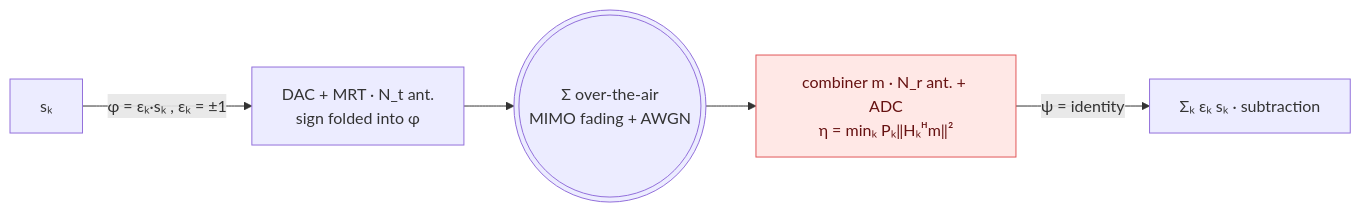
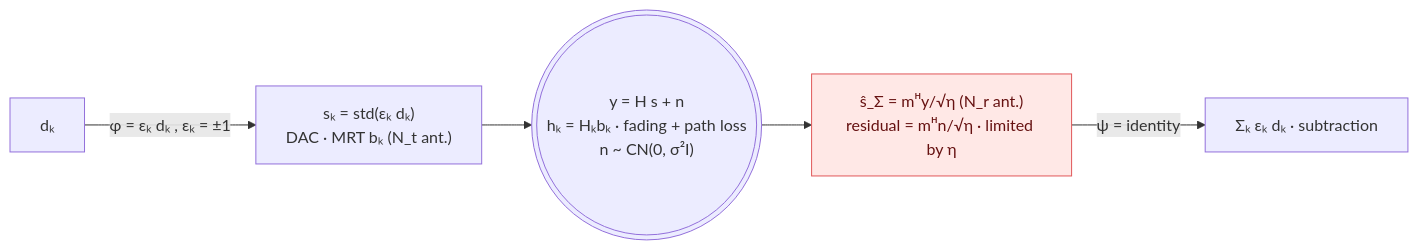
The third of 13 diagrams in README.md (wincle626/OverAirCompute), drawn with Mermaid before and after one commit. The commit also changed other lines of this file, not shown here.

````diff
--- a/README.md
+++ b/README.md
@@ -270,9 +287,9 @@
 ```mermaid
 flowchart LR
-    s["sₖ"] -->|"φ = εₖ·sₖ , εₖ = ±1"| tx["DAC + MRT · N_t ant.<br/>sign folded into φ"]
-    tx --> air((("Σ over-the-air<br/>MIMO fading + AWGN")))
-    air --> rx["combiner m · N_r ant. + ADC<br/>η = minₖ Pₖ‖Hₖᴴm‖²"]
-    rx -->|"ψ = identity"| r["Σₖ εₖ sₖ  ·  subtraction"]
+    d["dₖ"] -->|"φ = εₖ dₖ , εₖ = ±1"| tx["sₖ = std(εₖ dₖ)<br/>DAC · MRT bₖ (N_t ant.)"]
+    tx --> y((("y = H s + n<br/>hₖ = Hₖbₖ · fading + path loss<br/>n ~ CN(0, σ²I)")))
+    y --> rx["ŝ_Σ = mᴴy/√η (N_r ant.)<br/>residual = mᴴn/√η · limited by η"]
+    rx -->|"ψ = identity"| r["Σₖ εₖ dₖ  ·  subtraction"]
     classDef hot fill:#ffe8e6,stroke:#E15759,color:#611;
     class rx hot;
 ```
````
